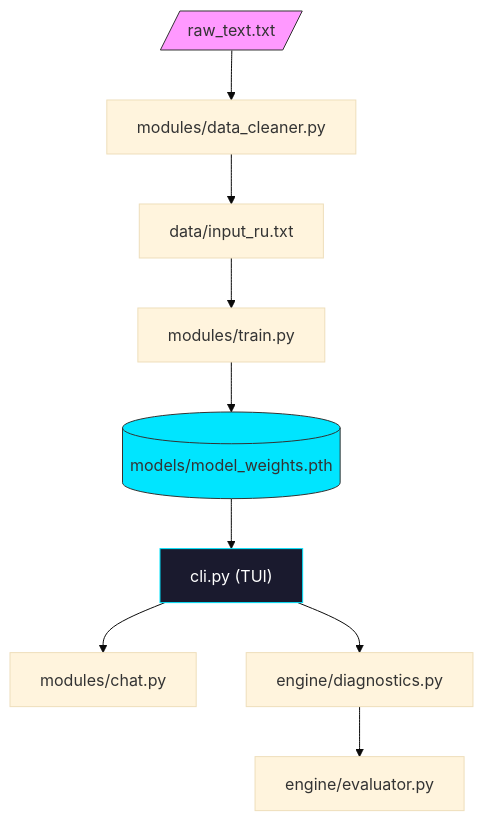
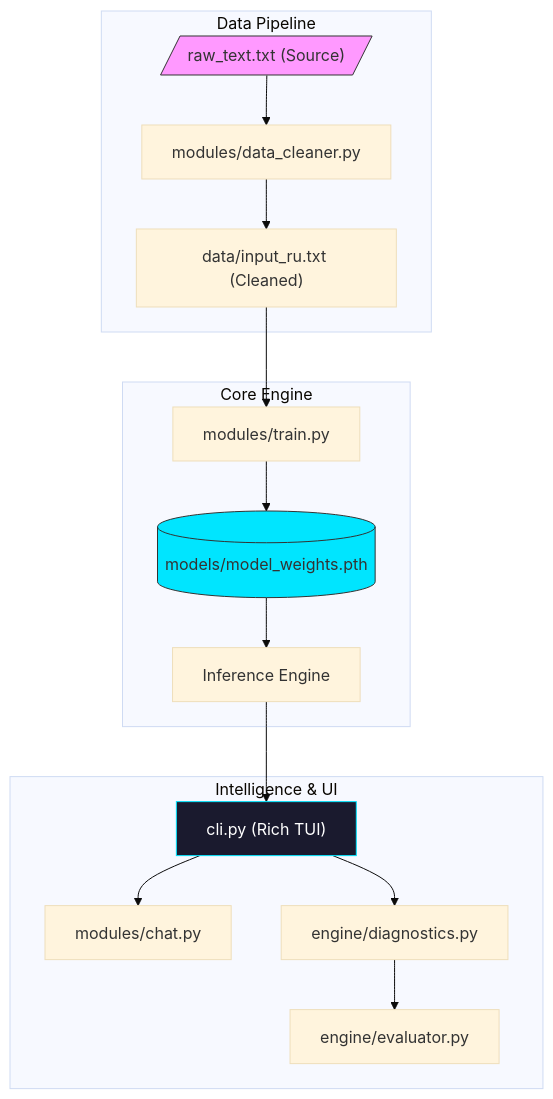
One commit to zzzigrok/tolstoy-2.1 changed the diagram in README.MD. Above: the diagram before and after it, drawn with Mermaid (base theme). The commit also changed other lines of this file and 2 other files, not shown here.

````diff
--- a/README.MD
+++ b/README.MD
@@ -65,15 +45,24 @@
 ```mermaid
 flowchart TD
-    RAW[/raw_text.txt/] --> CLEAN["modules/data_cleaner.py"]
-    CLEAN --> INPUT["data/input_ru.txt"]
-    INPUT --> TRAIN["modules/train.py"]
-    TRAIN --> WEIGHTS[("models/model_weights.pth")]
-    WEIGHTS --> CLI["cli.py (TUI)"]
-    CLI --> CHAT["modules/chat.py"]
-    CLI --> DIAG["engine/diagnostics.py"]
-    DIAG --> EVAL["engine/evaluator.py"]
-    
+    subgraph "Data Pipeline"
+        RAW[/"raw_text.txt (Source)"/] --> CLEAN["modules/data_cleaner.py"]
+        CLEAN --> INPUT["data/input_ru.txt (Cleaned)"]
+    end
+
+    subgraph "Core Engine"
+        INPUT --> TRAIN["modules/train.py"]
+        TRAIN --> MODEL[("models/model_weights.pth")]
+        MODEL --> INFER["Inference Engine"]
+    end
+
+    subgraph "Intelligence & UI"
+        INFER --> CLI["cli.py (Rich TUI)"]
+        CLI --> CHAT["modules/chat.py"]
+        CLI --> DIAG["engine/diagnostics.py"]
+        DIAG --> EVAL["engine/evaluator.py"]
+    end
+
     style RAW fill:#f9f,stroke:#333
-    style WEIGHTS fill:#00e5ff,stroke:#333
+    style MODEL fill:#00e5ff,stroke:#333
     style CLI fill:#1a1a2e,stroke:#00e5ff,color:#fff
 ```
````
